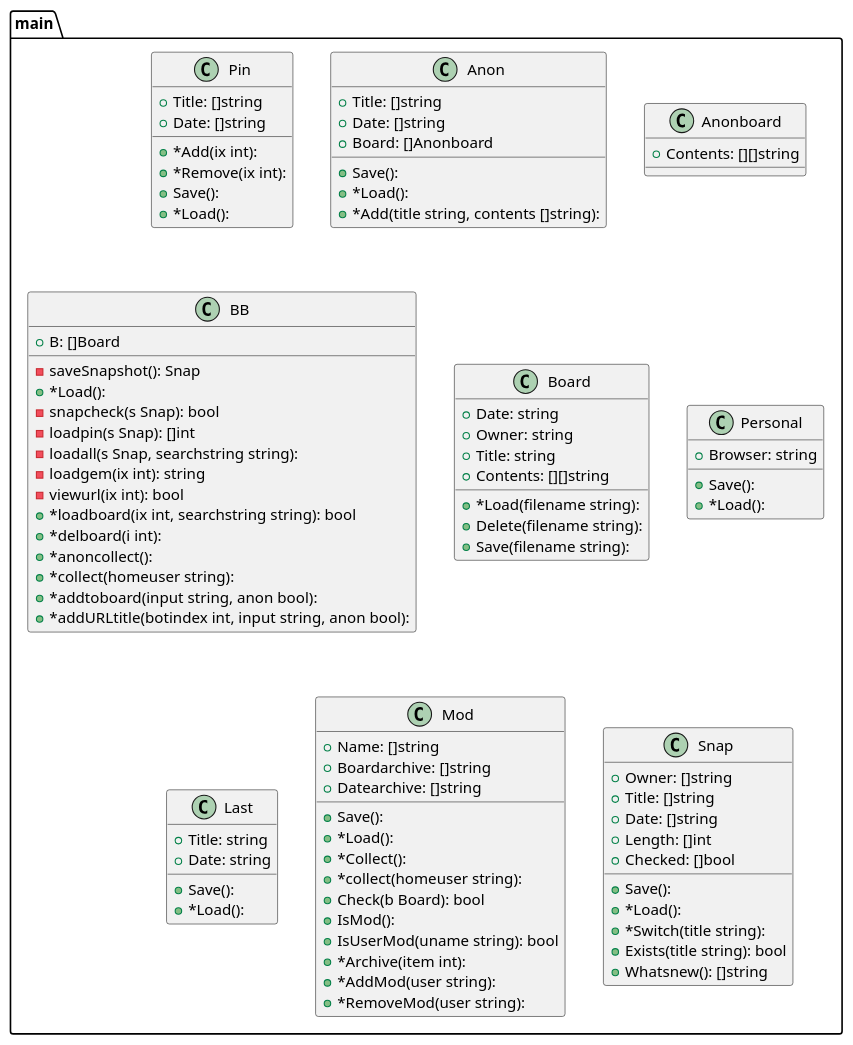
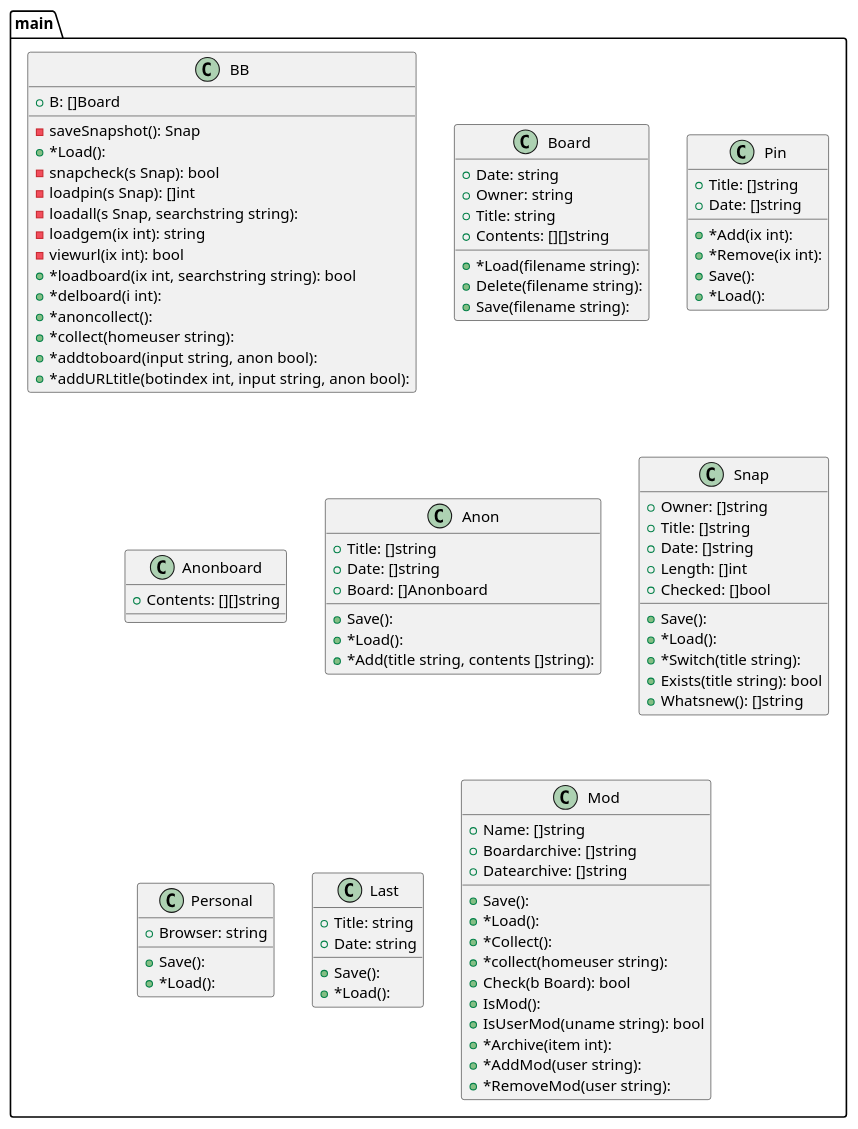
The diagram in graph.puml (tbal999/bb), drawn with PlantUML before and after one commit. The commit also changed other lines of this file and 1 other file, not shown here.

```diff
--- a/graph.puml
+++ b/graph.puml
@@ -1,104 +1,104 @@
 @startuml
-package ...main{
-class Pin {
-+Title: []string
-+Date: []string
-+*Add(ix int): 
-+*Remove(ix int): 
-+Save(): 
-+*Load(): 
-}
-}
-package ...main{
-class Anon {
-+Title: []string
-+Date: []string
-+Board: []Anonboard
-+Save(): 
-+*Load(): 
-+*Add(title string, contents []string): 
-}
-}
-package ...main{
-class Anonboard {
-+Contents: [][]string
-
-}
-}
 package ...main{
 class BB {
 +B: []Board
 -saveSnapshot(): Snap
 +*Load(): 
 -snapcheck(s Snap): bool
 -loadpin(s Snap): []int
 -loadall(s Snap, searchstring string): 
 -loadgem(ix int): string
 -viewurl(ix int): bool
 +*loadboard(ix int, searchstring string): bool
 +*delboard(i int): 
 +*anoncollect(): 
 +*collect(homeuser string): 
 +*addtoboard(input string, anon bool): 
 +*addURLtitle(botindex int, input string, anon bool): 
 }
 }
 package ...main{
 class Board {
 +Date: string
 +Owner: string
 +Title: string
 +Contents: [][]string
 +*Load(filename string): 
 +Delete(filename string): 
 +Save(filename string): 
+}
+}
+package ...main{
+class Pin {
++Title: []string
++Date: []string
++*Add(ix int): 
++*Remove(ix int): 
++Save(): 
++*Load(): 
+}
+}
+package ...main{
+class Anonboard {
++Contents: [][]string
+
+}
+}
+package ...main{
+class Anon {
++Title: []string
++Date: []string
++Board: []Anonboard
++Save(): 
++*Load(): 
++*Add(title string, contents []string): 
+}
+}
+package ...main{
+class Snap {
++Owner: []string
++Title: []string
++Date: []string
++Length: []int
++Checked: []bool
++Save(): 
++*Load(): 
++*Switch(title string): 
++Exists(title string): bool
++Whatsnew(): []string
 }
 }
 package ...main{
 class Personal {
 +Browser: string
 +Save(): 
 +*Load(): 
 }
 }
 package ...main{
 class Last {
 +Title: string
 +Date: string
 +Save(): 
 +*Load(): 
 }
 }
 package ...main{
 class Mod {
 +Name: []string
 +Boardarchive: []string
 +Datearchive: []string
 +Save(): 
 +*Load(): 
 +*Collect(): 
 +*collect(homeuser string): 
 +Check(b Board): bool
 +IsMod(): 
 +IsUserMod(uname string): bool
 +*Archive(item int): 
 +*AddMod(user string): 
 +*RemoveMod(user string): 
 }
 }
-package ...main{
-class Snap {
-+Owner: []string
-+Title: []string
-+Date: []string
-+Length: []int
-+Checked: []bool
-+Save(): 
-+*Load(): 
-+*Switch(title string): 
-+Exists(title string): bool
-+Whatsnew(): []string
-}
-}
 
 @enduml
```
